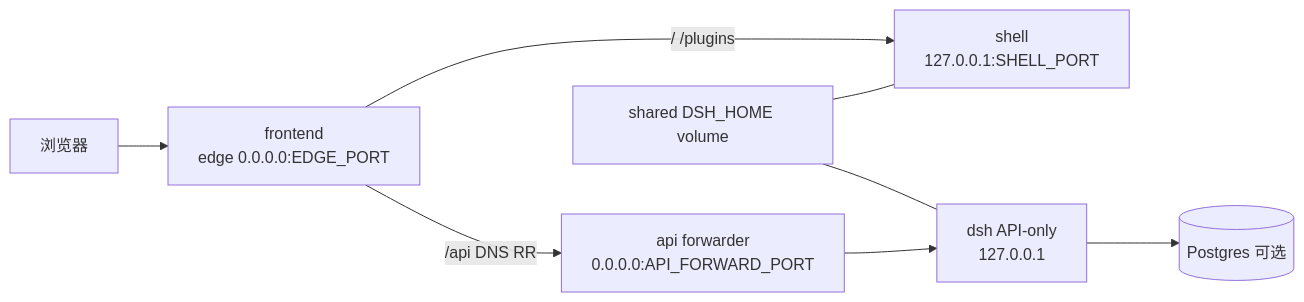
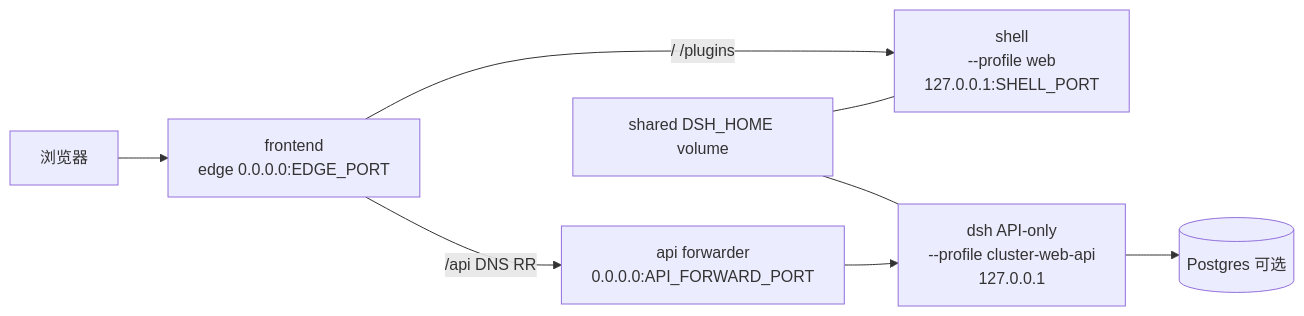
Before and after one commit to dorname/deepseek-harness: the eighth of 8 diagrams in logos/resources/prd/3-technical-plan/3-deployment/core-01-deployment-plan.md, drawn with Mermaid. The commit also changed other lines of this file and 104 other files, not shown here.

Commit message:
docs(20261030-1651-cluster-web-independent-launch): merge spec deltas

````diff
--- a/logos/resources/prd/3-technical-plan/3-deployment/core-01-deployment-plan.md
+++ b/logos/resources/prd/3-technical-plan/3-deployment/core-01-deployment-plan.md
@@ -132,10 +133,10 @@
 ```mermaid
 flowchart LR
   browser["浏览器"] --> feEdge["frontend<br/>edge 0.0.0.0:EDGE_PORT"]
-  feEdge -->|"/ /plugins"| shell["shell<br/>127.0.0.1:SHELL_PORT"]
+  feEdge -->|"/ /plugins"| shell["shell<br/>--profile web<br/>127.0.0.1:SHELL_PORT"]
   feEdge -->|"/api DNS RR"| fwd["api forwarder<br/>0.0.0.0:API_FORWARD_PORT"]
-  fwd --> dshApi["dsh API-only<br/>127.0.0.1"]
+  fwd --> dshApi["dsh API-only<br/>--profile cluster-web-api<br/>127.0.0.1"]
   dshApi --> pg[("Postgres 可选")]
   feHome["shared DSH_HOME volume"] --- shell
   feHome --- dshApi
 ```
````
